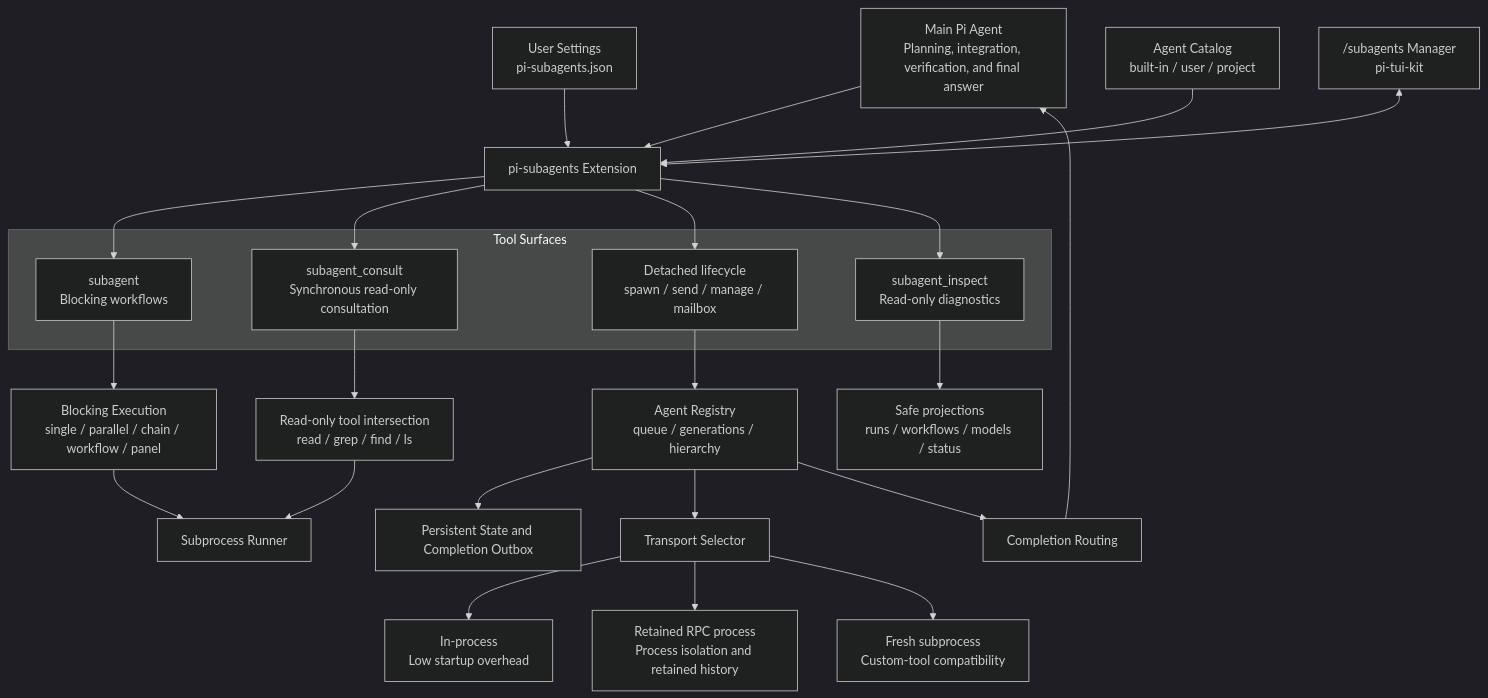
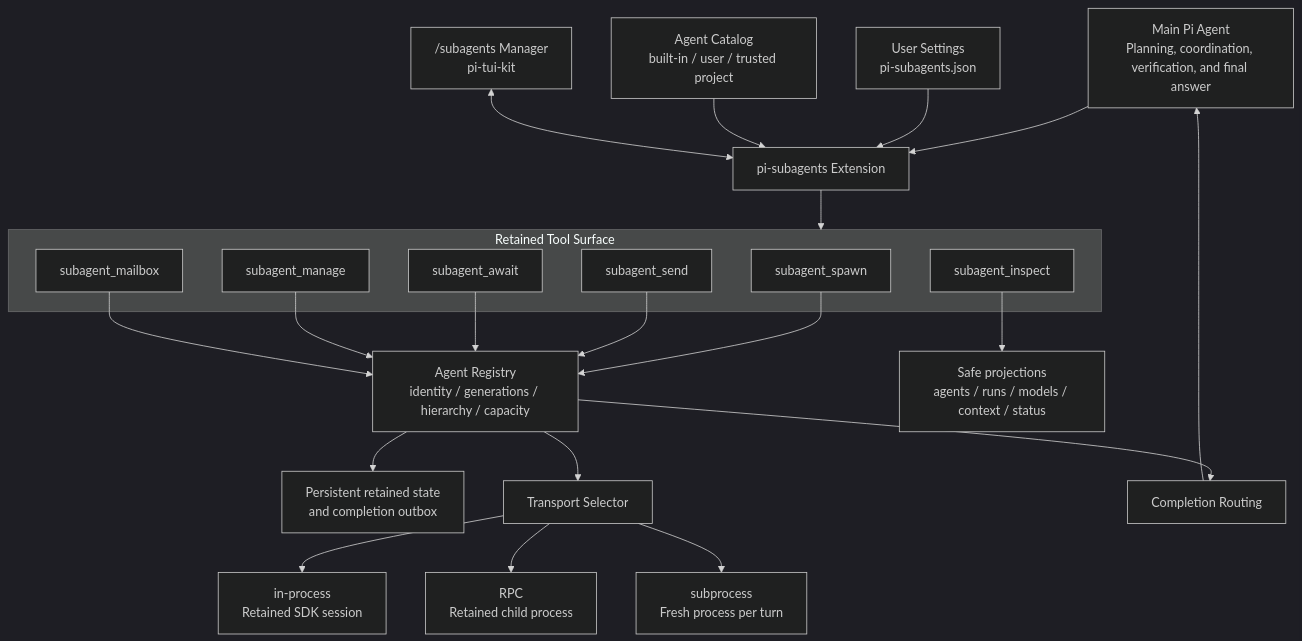
Before and after one commit to Ptilopsi4/pi-extensions: the first of 3 diagrams in packages/pi-subagents/docs/pi-subagents-diagrams.md, drawn with Mermaid (dark theme). The commit also changed other lines of this file and 118 other files, not shown here.

Commit message:
refactor(subagents)!: remove synchronous tool surface

````diff
--- a/packages/pi-subagents/docs/pi-subagents-diagrams.md
+++ b/packages/pi-subagents/docs/pi-subagents-diagrams.md
@@ -7,42 +7,39 @@
 ```mermaid
 flowchart TB
-    Root["Main Pi Agent<br/>Planning, integration, verification, and final answer"]
+    Root["Main Pi Agent<br/>Planning, coordination, verification, and final answer"]
     Extension["pi-subagents Extension"]
     Settings["User Settings<br/>pi-subagents.json"]
-    Catalog["Agent Catalog<br/>built-in / user / project"]
+    Catalog["Agent Catalog<br/>built-in / user / trusted project"]
     UI["/subagents Manager<br/>pi-tui-kit"]
 
     Root --> Extension
     Settings --> Extension
     Catalog --> Extension
     UI <--> Extension
 
-    subgraph Surfaces["Tool Surfaces"]
-        Blocking["subagent<br/>Blocking workflows"]
-        Consult["subagent_consult<br/>Synchronous read-only consultation"]
-        Stateful["Detached lifecycle<br/>spawn / send / manage / mailbox"]
-        Inspect["subagent_inspect<br/>Read-only diagnostics"]
+    subgraph Surface["Retained Tool Surface"]
+        Spawn["subagent_spawn"]
+        Send["subagent_send"]
+        Await["subagent_await"]
+        Manage["subagent_manage"]
+        Mailbox["subagent_mailbox"]
+        Inspect["subagent_inspect"]
     end
 
-    Extension --> Blocking
-    Extension --> Consult
-    Extension --> Stateful
-    Extension --> Inspect
+    Extension --> Surface
+    Spawn --> Registry["Agent Registry<br/>identity / generations / hierarchy / capacity"]
+    Send --> Registry
+    Await --> Registry
+    Manage --> Registry
+    Mailbox --> Registry
+    Inspect --> Snapshots["Safe projections<br/>agents / runs / models / context / status"]
 
-    Blocking --> BlockingExecution["Blocking Execution<br/>single / parallel / chain / workflow / panel"]
-    Consult --> ConsultPolicy["Read-only tool intersection<br/>read / grep / find / ls"]
-    Stateful --> Registry["Agent Registry<br/>queue / generations / hierarchy"]
-    Inspect --> Snapshots["Safe projections<br/>runs / workflows / models / status"]
-
-    Registry --> Persistence["Persistent State and Completion Outbox"]
+    Registry --> Persistence["Persistent retained state<br/>and completion outbox"]
     Registry --> TransportSelector["Transport Selector"]
-    BlockingExecution --> Runner["Subprocess Runner"]
-    ConsultPolicy --> Runner
-
-    TransportSelector --> InProcess["In-process<br/>Low startup overhead"]
-    TransportSelector --> RPC["Retained RPC process<br/>Process isolation and retained history"]
-    TransportSelector --> Subprocess["Fresh subprocess<br/>Custom-tool compatibility"]
-
     Registry --> Delivery["Completion Routing"]
     Delivery --> Root
+
+    TransportSelector --> InProcess["in-process<br/>Retained SDK session"]
+    TransportSelector --> RPC["RPC<br/>Retained child process"]
+    TransportSelector --> Subprocess["subprocess<br/>Fresh process per turn"]
 ```
````
